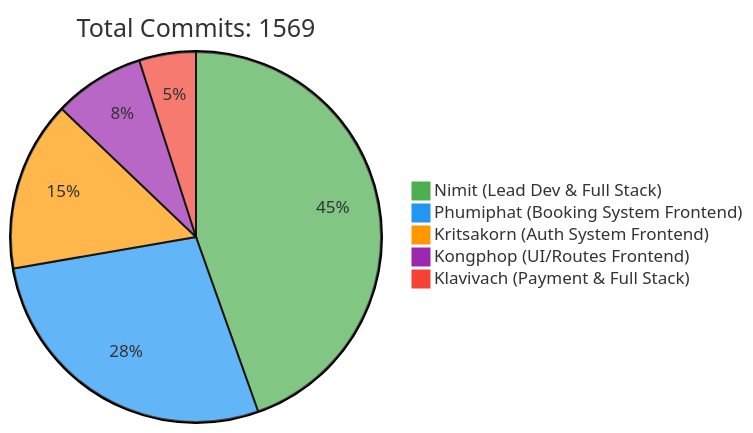
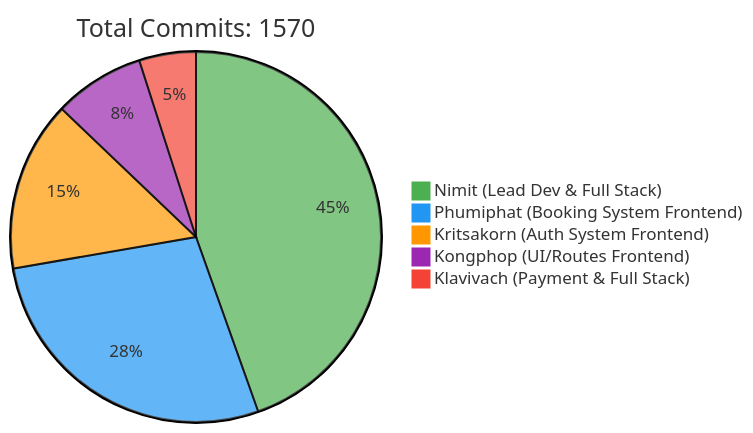
The first of 2 diagrams in README.md (6531503042/Sport-Complex), drawn with Mermaid before and after one commit. The commit also changed other lines of this file, not shown here.

Commit message:
docs: Update contributor statistics [skip ci]

````diff
--- a/README.md
+++ b/README.md
@@ -257,10 +257,10 @@
 ```mermaid
 %%{init: {'theme': 'base', 'themeVariables': { 'pie1': '#4CAF50', 'pie2': '#2196F3', 'pie3': '#FF9800', 'pie4': '#9C27B0', 'pie5': '#F44336'}}}%%
 pie
-    title Total Commits: 1569
+    title Total Commits: 1570
     "Nimit (Lead Dev & Full Stack)" : 450
     "Phumiphat (Booking System Frontend)" : 280
     "Kritsakorn (Auth System Frontend)" : 150
     "Kongphop (UI/Routes Frontend)" : 80
     "Klavivach (Payment & Full Stack)" : 50
 ```
````
